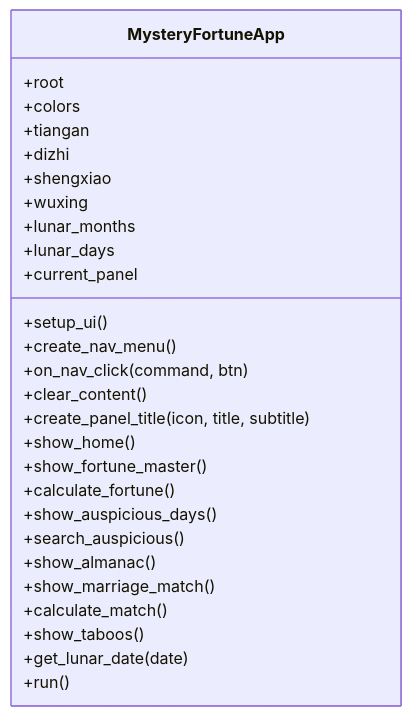
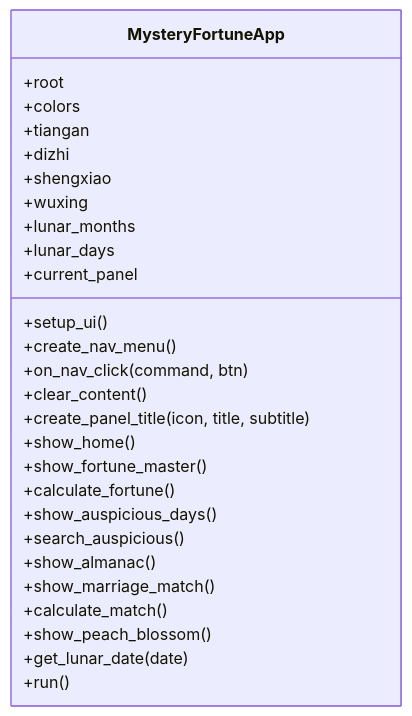
One commit to liudaba/Mysterious-Fate-Theory-One-Test-Knows changed the second of 8 diagrams in .qoder/repowiki/zh/content/Python GUI主程序.md. Above: the diagram before and after it, drawn with Mermaid. The commit also changed other lines of this file and 4 other files, not shown here.

````diff
--- a/.qoder/repowiki/zh/content/Python GUI主程序.md
+++ b/.qoder/repowiki/zh/content/Python GUI主程序.md
@@ -68,30 +75,30 @@
 ```mermaid
 classDiagram
 class MysteryFortuneApp {
 +root
 +colors
 +tiangan
 +dizhi
 +shengxiao
 +wuxing
 +lunar_months
 +lunar_days
 +current_panel
 +setup_ui()
 +create_nav_menu()
 +on_nav_click(command, btn)
 +clear_content()
 +create_panel_title(icon, title, subtitle)
 +show_home()
 +show_fortune_master()
 +calculate_fortune()
 +show_auspicious_days()
 +search_auspicious()
 +show_almanac()
 +show_marriage_match()
 +calculate_match()
-+show_taboos()
++show_peach_blossom()
 +get_lunar_date(date)
 +run()
 }
 ```
````
